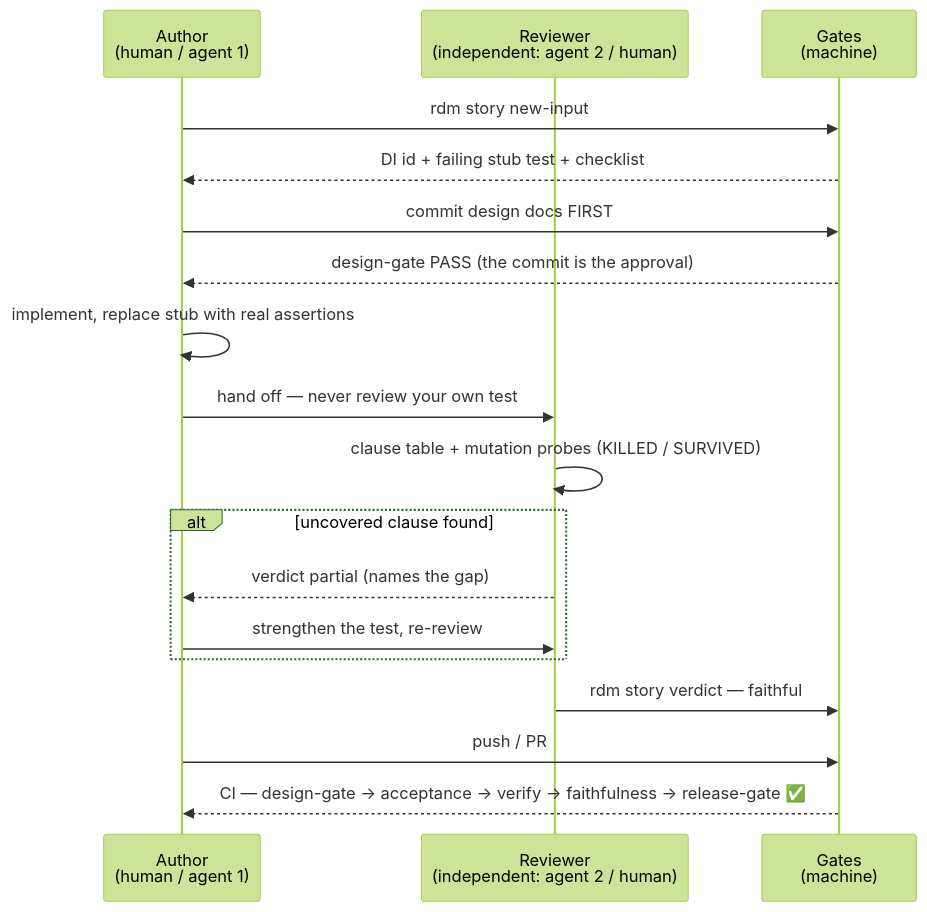
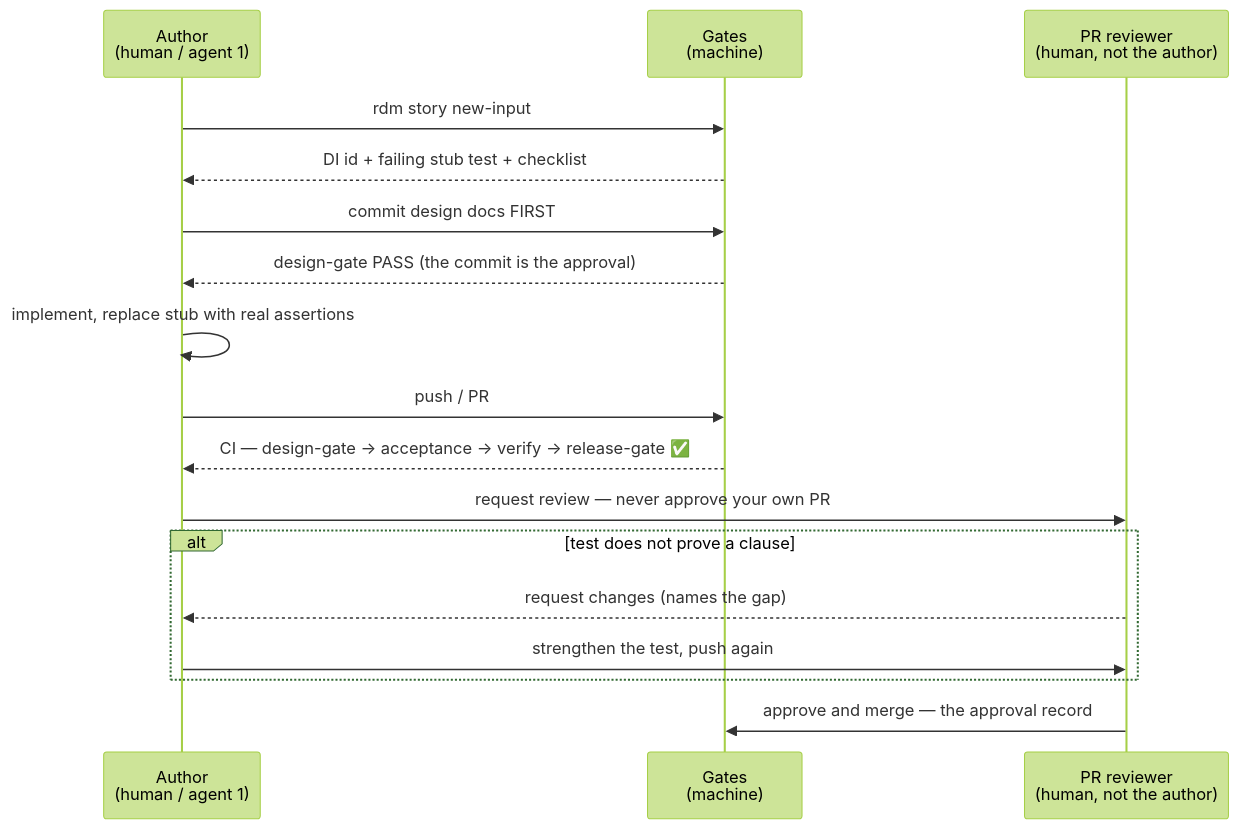
One commit to scope-impact/rdm changed the second of 3 diagrams in docs/index.md. Above: the diagram before and after it, drawn with Mermaid (forest theme). The commit also changed other lines of this file and 92 other files, not shown here.

First line of the commit message:
Remove the faithfulness gate (DI-19/20/21/27/28, UN-009)

````diff
--- a/docs/index.md
+++ b/docs/index.md
@@ -59,20 +60,19 @@
 ```mermaid
 sequenceDiagram
     participant A as Author<br>(human / agent 1)
-    participant R as Reviewer<br>(independent: agent 2 / human)
     participant G as Gates<br>(machine)
+    participant R as PR reviewer<br>(human, not the author)
     A->>G: rdm story new-input
     G-->>A: DI id + failing stub test + checklist
     A->>G: commit design docs FIRST
     G-->>A: design-gate PASS (the commit is the approval)
     A->>A: implement, replace stub with real assertions
-    A->>R: hand off — never review your own test
-    R->>R: clause table + mutation probes (KILLED / SURVIVED)
-    alt uncovered clause found
-        R-->>A: verdict partial (names the gap)
-        A->>R: strengthen the test, re-review
+    A->>G: push / PR
+    G-->>A: CI — design-gate → acceptance → verify → release-gate ✅
+    A->>R: request review — never approve your own PR
+    alt test does not prove a clause
+        R-->>A: request changes (names the gap)
+        A->>R: strengthen the test, push again
     end
-    R->>G: rdm story verdict — faithful
-    A->>G: push / PR
-    G-->>A: CI — design-gate → acceptance → verify → faithfulness → release-gate ✅
+    R->>G: approve and merge — the approval record
 ```
````
